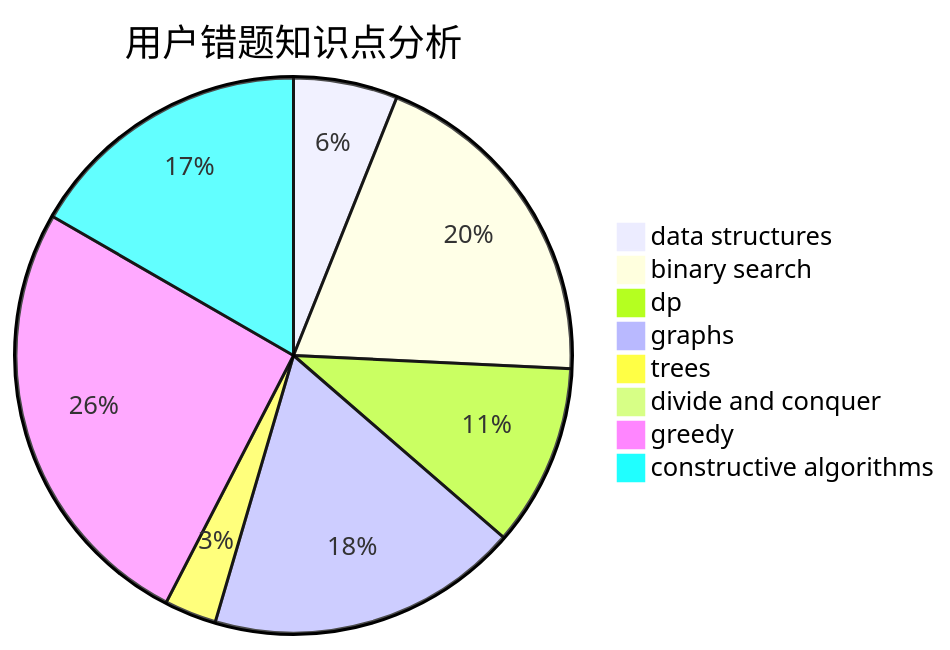
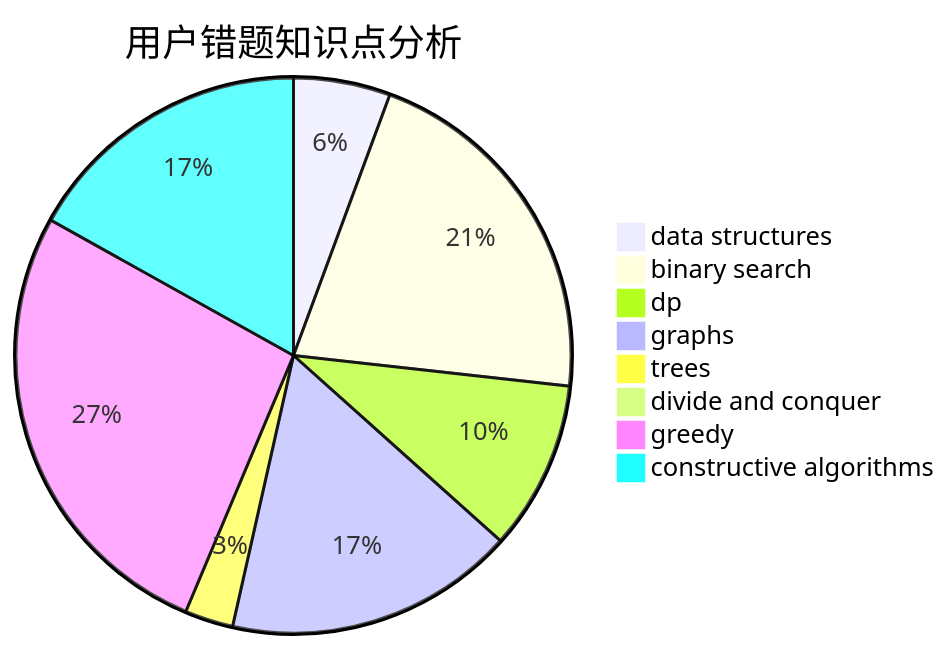
Before and after one commit to sherpahu/cfrs.github.io: the third of 3 diagrams in docs/user/u1920.md, drawn with Mermaid. The commit also changed other lines of this file and 2770 other files, not shown here.

````diff
--- a/docs/user/u1920.md
+++ b/docs/user/u1920.md
@@ -36,11 +36,11 @@
 ```mermaid
 pie title 用户错题知识点分析
     "data structures" :  4
-    "binary search" :  13
+    "binary search" :  15
     "dp" :  7
     "graphs" :  12
     "trees" :  2
     "divide and conquer" :  0
-    "greedy" :  17
-    "constructive algorithms" :  11
+    "greedy" :  19
+    "constructive algorithms" :  12
 ```
````
